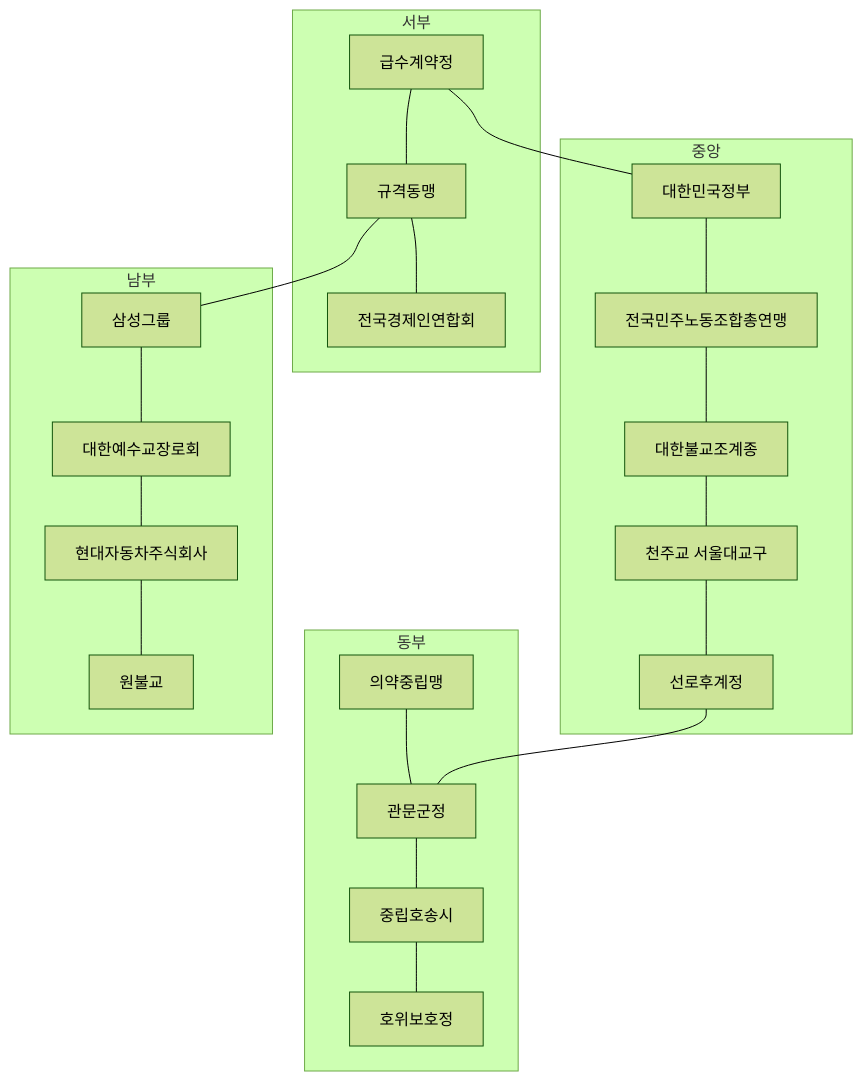
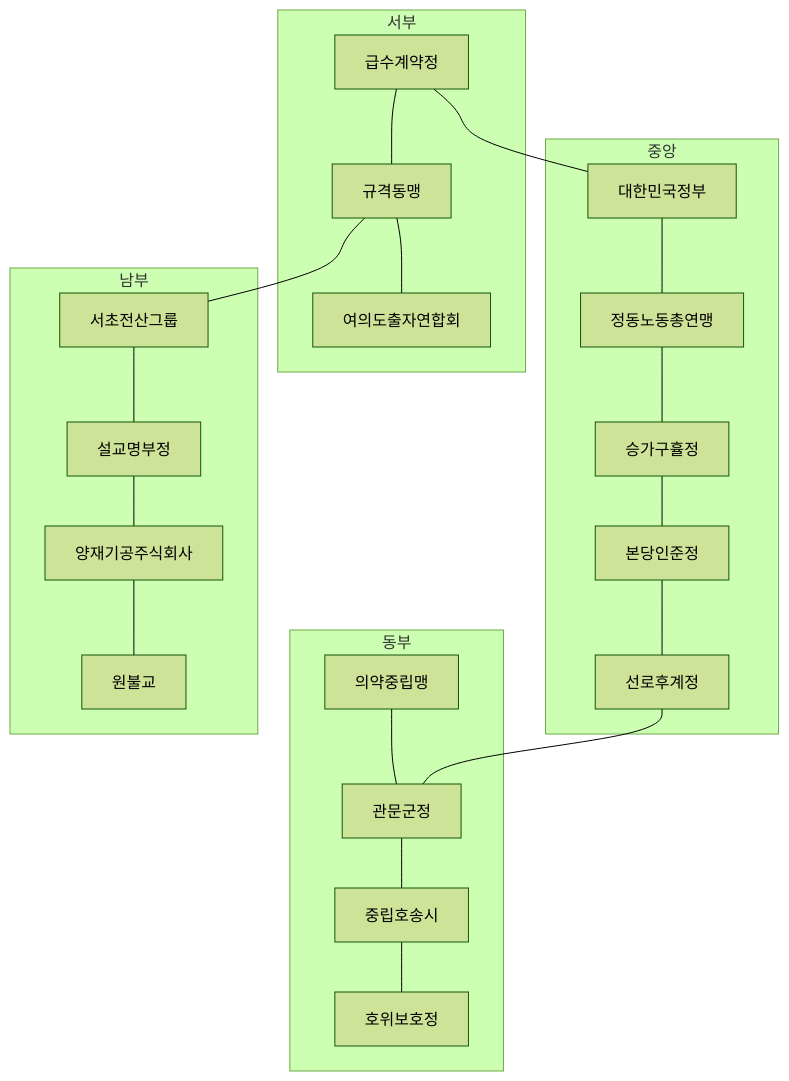
The diagram in LORE/factions/Sixteen-States.md (islee23520/seoul-dengoku-wiki), drawn with Mermaid (forest theme) before and after one commit. The commit also changed other lines of this file and 737 other files, not shown here.

````diff
--- a/LORE/factions/Sixteen-States.md
+++ b/LORE/factions/Sixteen-States.md
@@ -67,42 +67,42 @@
 ```mermaid
 flowchart TB
   subgraph west [서부]
     YDP[급수계약정]
     GRO[규격동맹]
-    YID[전국경제인연합회]
+    YID[여의도출자연합회]
   end
   subgraph center [중앙]
     GHM[대한민국정부]
-    CTY[전국민주노동조합총연맹]
-    ANG[대한불교조계종]
-    MDG[천주교 서울대교구]
+    CTY[정동노동총연맹]
+    ANG[승가구휼정]
+    MDG[본당인준정]
     YSN[선로후계정]
   end
   subgraph east [동부]
     JEG[의약중립맹]
     GUI[관문군정]
     SNE[중립호송시]
     AMS[호위보호정]
   end
   subgraph south [남부]
-    GNG[삼성그룹]
-    SMS[대한예수교장로회]
-    YNJ[현대자동차주식회사]
+    GNG[서초전산그룹]
+    SMS[설교명부정]
+    YNJ[양재기공주식회사]
     HKS[원불교]
   end
   YDP --- GRO
   GRO --- YID
   GHM --- CTY
   CTY --- ANG
   ANG --- MDG
   MDG --- YSN
   JEG --- GUI
   GUI --- SNE
   SNE --- AMS
   GNG --- SMS
   SMS --- YNJ
   YNJ --- HKS
   YDP --- GHM
   YSN --- GUI
   GRO --- GNG
 ```
````
